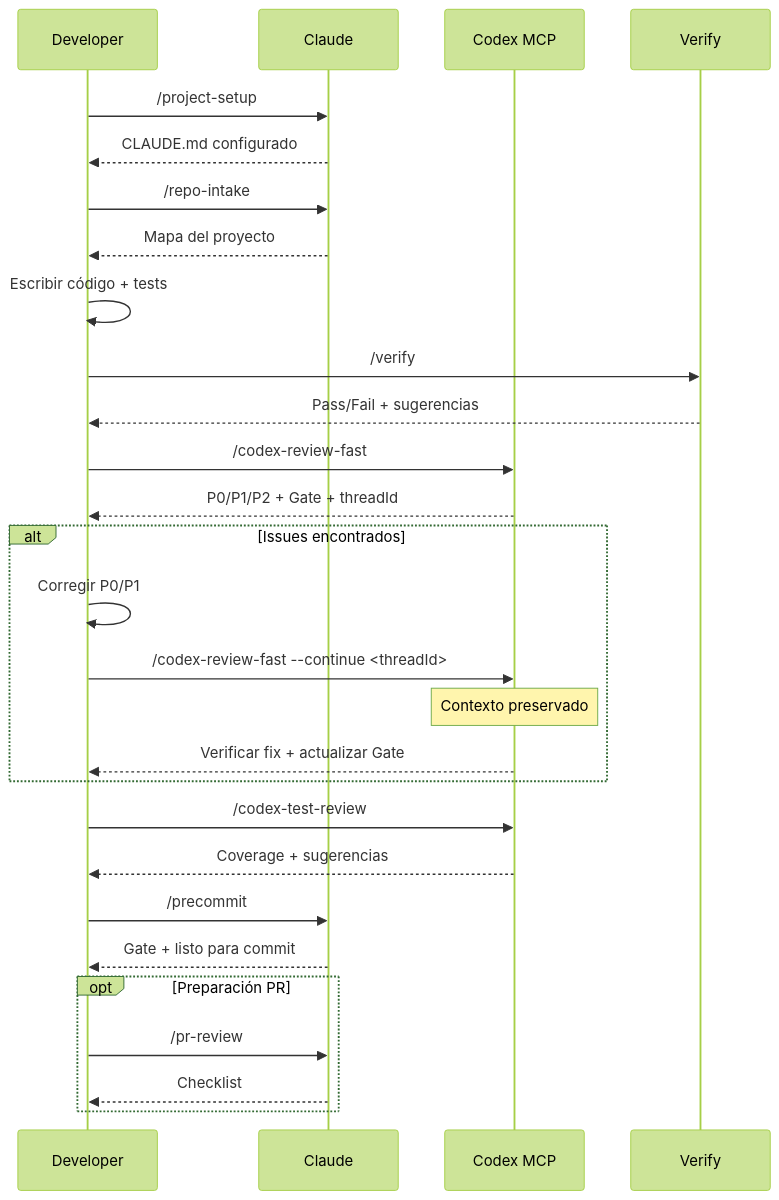
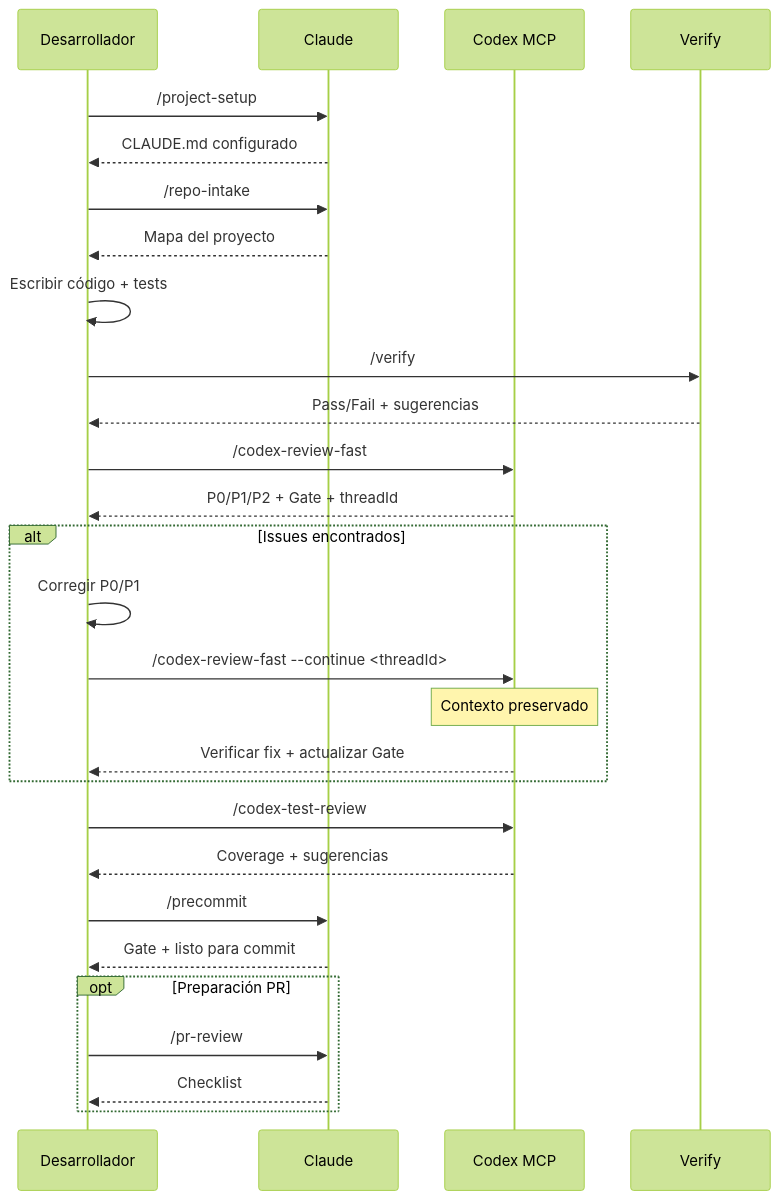
The diagram in README.es.md (jupiter-Pulin/Uranus-dev-flow), drawn with Mermaid (forest theme) before and after one commit. The commit also changed other lines of this file and 4 other files, not shown here.

````diff
--- a/README.es.md
+++ b/README.es.md
@@ -45,39 +47,39 @@
 ```mermaid
 sequenceDiagram
-    participant D as Developer
+    participant D as Desarrollador
     participant C as Claude
     participant X as Codex MCP
     participant V as Verify
 
     D->>C: /project-setup
     C-->>D: CLAUDE.md configurado
 
     D->>C: /repo-intake
     C-->>D: Mapa del proyecto
 
     D->>D: Escribir código + tests
 
     D->>V: /verify
     V-->>D: Pass/Fail + sugerencias
 
     D->>X: /codex-review-fast
     X-->>D: P0/P1/P2 + Gate + threadId
 
     alt Issues encontrados
         D->>D: Corregir P0/P1
         D->>X: /codex-review-fast --continue <threadId>
         Note over X: Contexto preservado
         X-->>D: Verificar fix + actualizar Gate
     end
 
     D->>X: /codex-test-review
     X-->>D: Coverage + sugerencias
 
     D->>C: /precommit
     C-->>D: Gate + listo para commit
 
     opt Preparación PR
         D->>C: /pr-review
         C-->>D: Checklist
     end
 ```
````
